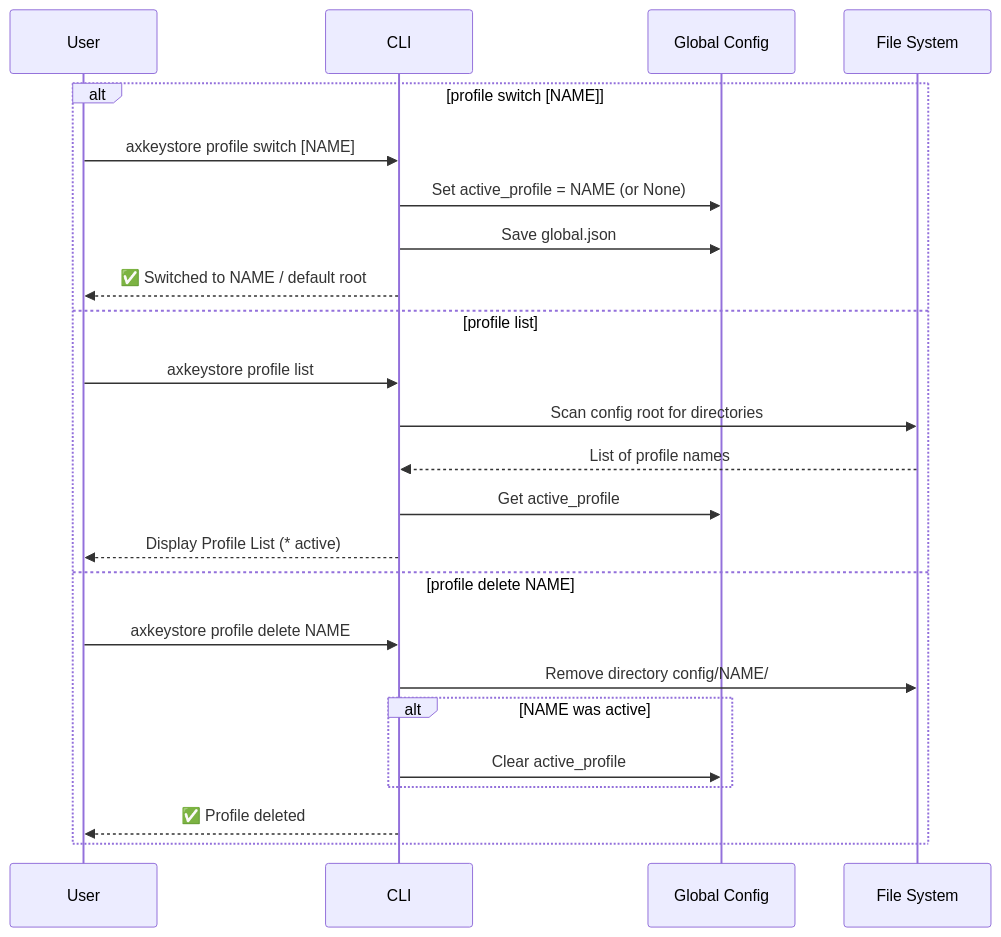
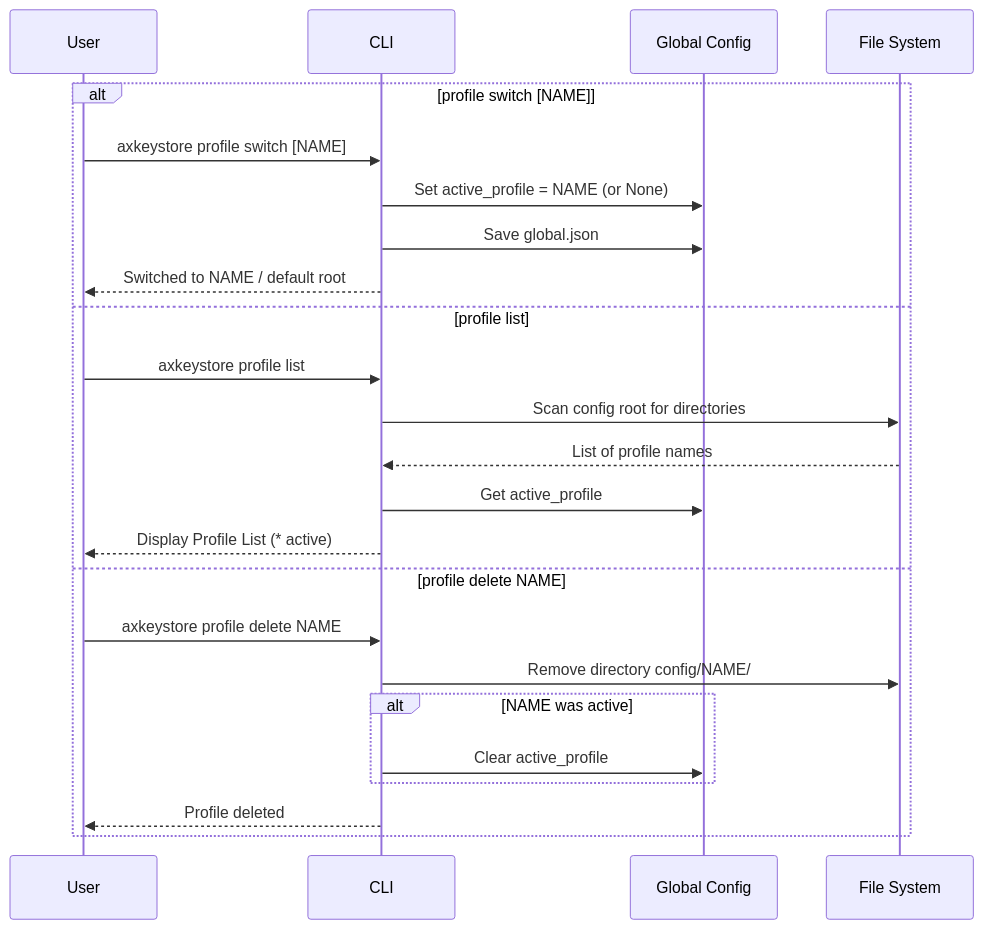
One commit to basilgregory/axkeystore changed the seventh of 8 diagrams in README.md. Above: the diagram before and after it, drawn with Mermaid. The commit also changed other lines of this file and 4 other files, not shown here.

````diff
--- a/README.md
+++ b/README.md
@@ -481,27 +481,27 @@
 ```mermaid
 sequenceDiagram
     participant U as User
     participant C as CLI
     participant GC as Global Config
     participant FS as File System
 
     alt profile switch [NAME]
         U->>C: axkeystore profile switch [NAME]
         C->>GC: Set active_profile = NAME (or None)
         C->>GC: Save global.json
-        C-->>U: ✅ Switched to NAME / default root
+        C-->>U: Switched to NAME / default root
     else profile list
         U->>C: axkeystore profile list
         C->>FS: Scan config root for directories
         FS-->>C: List of profile names
         C->>GC: Get active_profile
         C-->>U: Display Profile List (* active)
     else profile delete NAME
         U->>C: axkeystore profile delete NAME
         C->>FS: Remove directory config/NAME/
         alt NAME was active
             C->>GC: Clear active_profile
         end
-        C-->>U: ✅ Profile deleted
+        C-->>U: Profile deleted
     end
 ```
````
